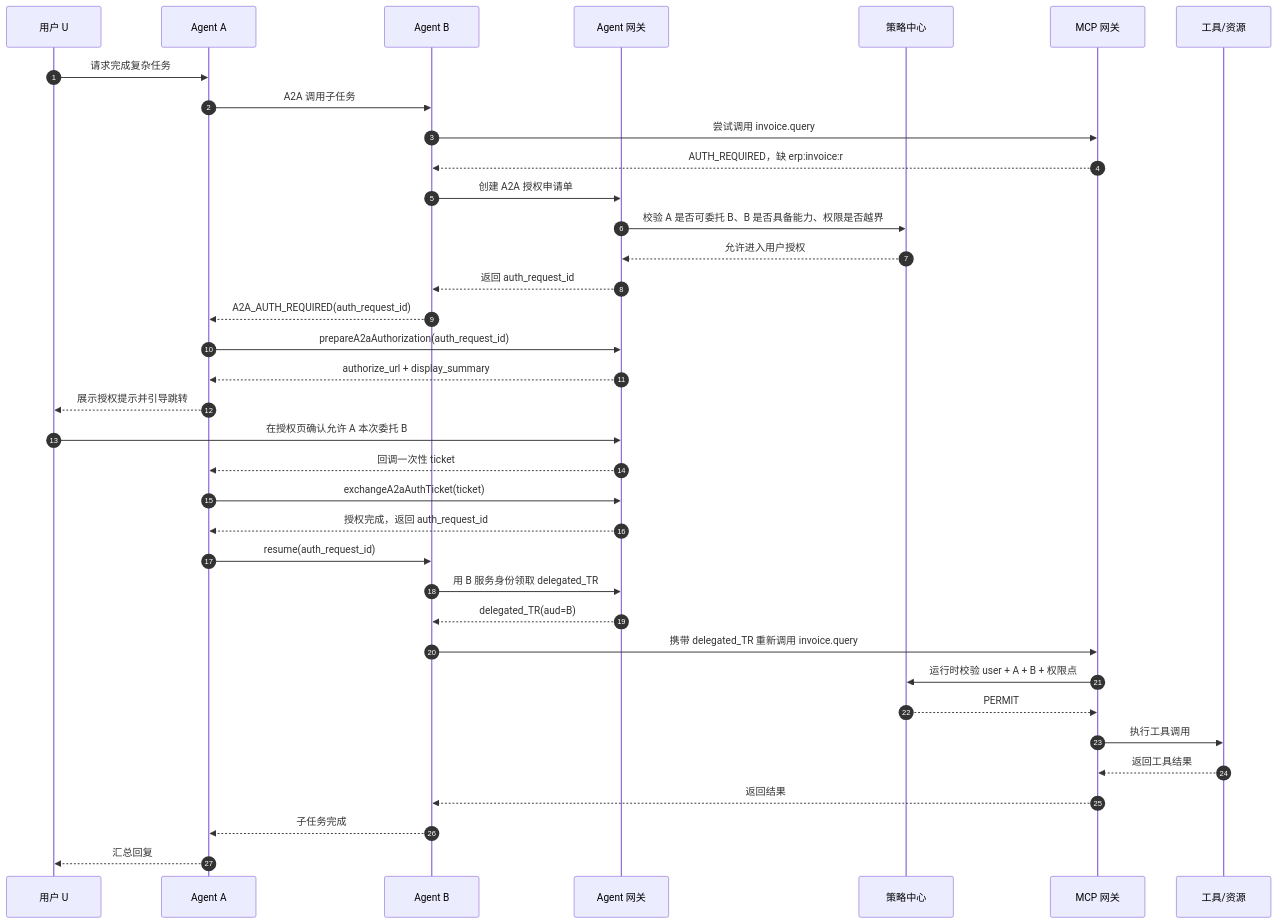
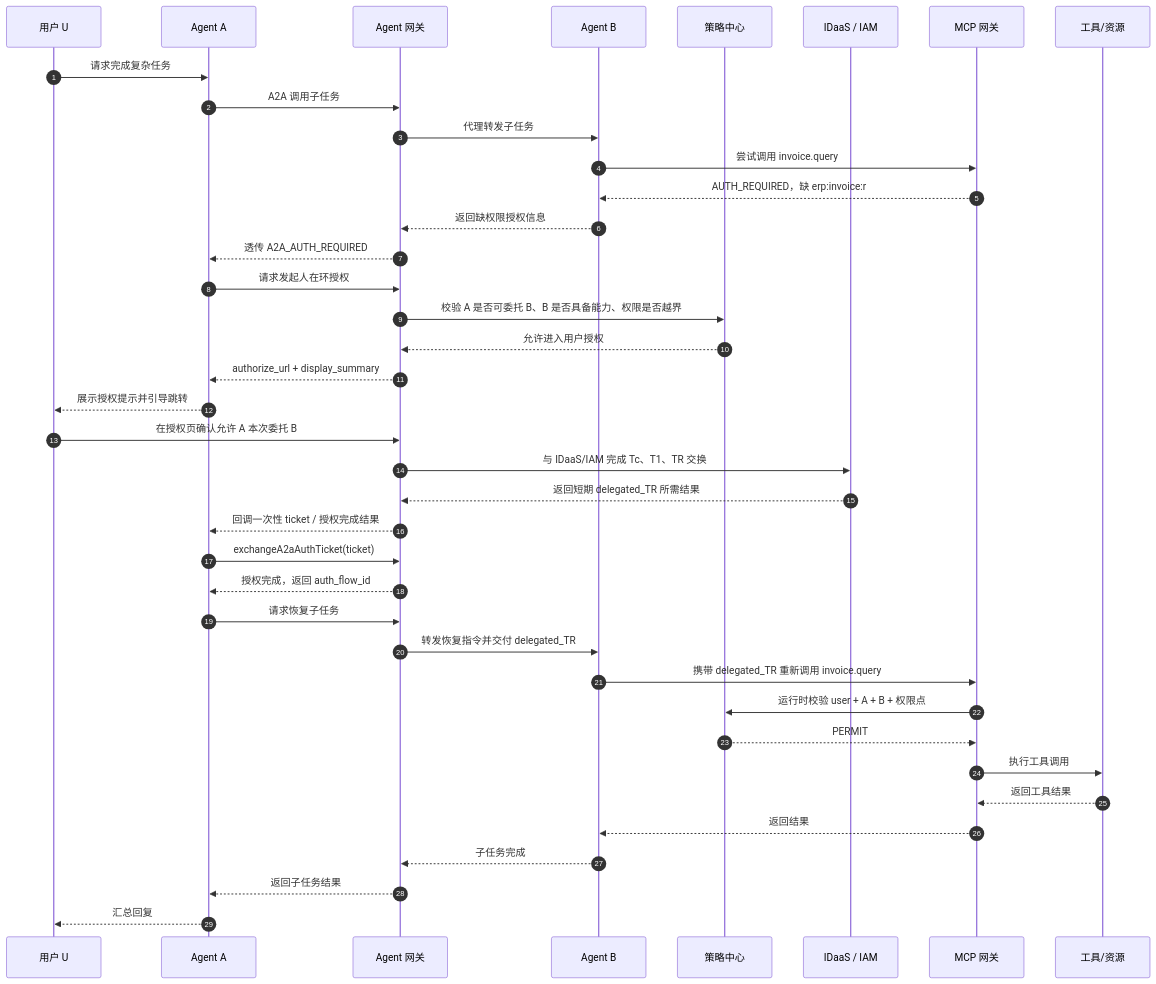
The third of 5 diagrams in docs/final_design/10_A2A委托授权与Agent安全方案.md (xuning117634-ux/auth-design-spec), drawn with Mermaid before and after one commit. The commit also changed other lines of this file and 1 other file, not shown here.

````diff
--- a/docs/final_design/10_A2A委托授权与Agent安全方案.md
+++ b/docs/final_design/10_A2A委托授权与Agent安全方案.md
@@ -143,42 +157,44 @@
 ```mermaid
 sequenceDiagram
     autonumber
     participant U as 用户 U
     participant A as Agent A
+    participant GW as Agent 网关
     participant B as Agent B
-    participant GW as Agent 网关
     participant PC as 策略中心
+    participant ID as IDaaS / IAM
     participant MCP as MCP 网关
     participant T as 工具/资源
 
     U->>A: 请求完成复杂任务
-    A->>B: A2A 调用子任务
+    A->>GW: A2A 调用子任务
+    GW->>B: 代理转发子任务
     B->>MCP: 尝试调用 invoice.query
     MCP-->>B: AUTH_REQUIRED，缺 erp:invoice:r
 
-    B->>GW: 创建 A2A 授权申请单
+    B-->>GW: 返回缺权限授权信息
+    GW-->>A: 透传 A2A_AUTH_REQUIRED
+    A->>GW: 请求发起人在环授权
     GW->>PC: 校验 A 是否可委托 B、B 是否具备能力、权限是否越界
     PC-->>GW: 允许进入用户授权
-    GW-->>B: 返回 auth_request_id
-
-    B-->>A: A2A_AUTH_REQUIRED(auth_request_id)
-    A->>GW: prepareA2aAuthorization(auth_request_id)
     GW-->>A: authorize_url + display_summary
     A-->>U: 展示授权提示并引导跳转
     U->>GW: 在授权页确认允许 A 本次委托 B
-    GW-->>A: 回调一次性 ticket
+    GW->>ID: 与 IDaaS/IAM 完成 Tc、T1、TR 交换
+    ID-->>GW: 返回短期 delegated_TR 所需结果
+    GW-->>A: 回调一次性 ticket / 授权完成结果
     A->>GW: exchangeA2aAuthTicket(ticket)
-    GW-->>A: 授权完成，返回 auth_request_id
+    GW-->>A: 授权完成，返回 auth_flow_id
 
-    A->>B: resume(auth_request_id)
-    B->>GW: 用 B 服务身份领取 delegated_TR
-    GW-->>B: delegated_TR(aud=B)
+    A->>GW: 请求恢复子任务
+    GW->>B: 转发恢复指令并交付 delegated_TR
     B->>MCP: 携带 delegated_TR 重新调用 invoice.query
     MCP->>PC: 运行时校验 user + A + B + 权限点
     PC-->>MCP: PERMIT
     MCP->>T: 执行工具调用
     T-->>MCP: 返回工具结果
     MCP-->>B: 返回结果
-    B-->>A: 子任务完成
+    B-->>GW: 子任务完成
+    GW-->>A: 返回子任务结果
     A-->>U: 汇总回复
 ```
````
